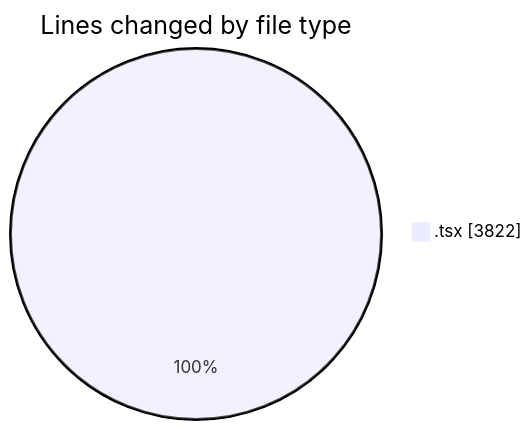
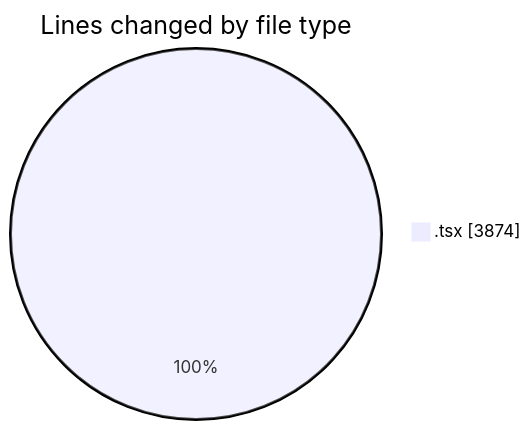
The first of 2 diagrams in 2025-11-11/cda/README.md (momahboobian/code-tracking), drawn with Mermaid before and after one commit. The commit also changed other lines of this file and 1 other file, not shown here.

````diff
--- a/2025-11-11/cda/README.md
+++ b/2025-11-11/cda/README.md
@@ -24,5 +24,5 @@
 ```mermaid
 pie showData
 title Lines changed by file type
-".tsx" : 3822
+".tsx" : 3874
 ```
````
